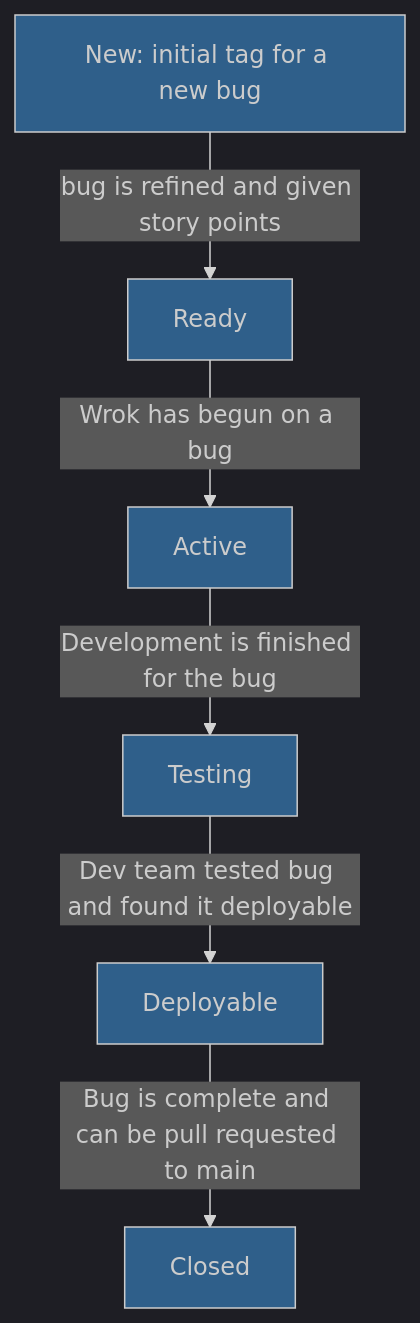
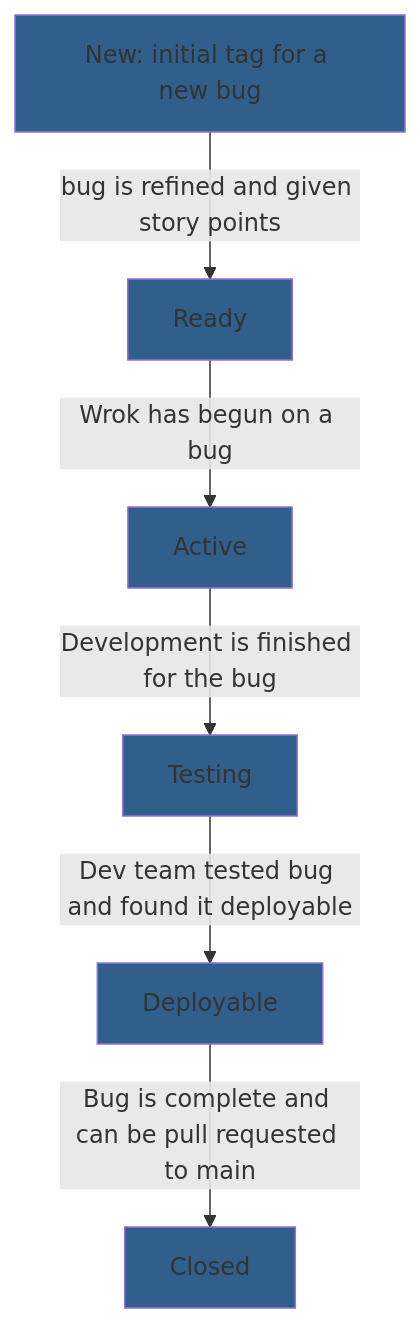
One commit to abbyhoosh/VueFrontend changed the third of 3 diagrams in README.md. Above: the diagram before and after it, drawn with Mermaid.

Commit message:
default theme

````diff
--- a/README.md
+++ b/README.md
@@ -109,20 +109,19 @@
 ```mermaid
-%%{init: {'theme':'dark'}}%%
 flowchart TD
 classDef tags fill:#2F5F8A
 
 NewBug[New: initial tag for a new bug]
 ReadyBug[Ready]
 ActiveBug[Active]
 TestingBug[Testing]
 BugDeployable[Deployable]
 BugClosed[Closed]
 
 NewBug-->|bug is refined and given story points|ReadyBug
 ReadyBug-->|Wrok has begun on a bug|ActiveBug
 ActiveBug-->|Development is finished for the bug|TestingBug
 TestingBug-->|Dev team tested bug and found it deployable|BugDeployable
 BugDeployable-->|Bug is complete and can be pull requested to main|BugClosed
 
 class NewBug,ReadyBug,ActiveBug,TestingBug,BugDeployable,BugClosed tags;
 ```
````
